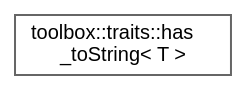
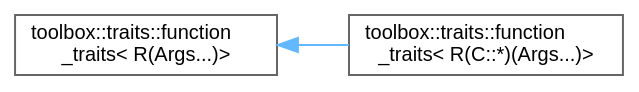
The diagram in inherit_graph_48.dot (nerdneilsfield/cpp-toolbox), drawn with Graphviz before and after one commit. The commit also changed 158 other files, not shown here.

```diff
--- a/inherit_graph_48.dot
+++ b/inherit_graph_48.dot
@@ -1,9 +1,11 @@
 digraph "Graphical Class Hierarchy"
 {
  // LATEX_PDF_SIZE
   bgcolor="transparent";
   edge [fontname=Helvetica,fontsize=10,labelfontname=Helvetica,labelfontsize=10];
   node [fontname=Helvetica,fontsize=10,shape=box,height=0.2,width=0.4];
   rankdir="LR";
-  Node0 [id="Node000000",label="toolbox::traits::has\l_toString\< T \>",height=0.2,width=0.4,color="grey40", fillcolor="white", style="filled",URL="$structtoolbox_1_1traits_1_1has__to_string.html",tooltip="检查类型是否有toString方法(C++17之前版本)/Check if type has toString method (pre-C++17 version)"];
+  Node0 [id="Node000000",label="toolbox::traits::function\l_traits\< R(Args...)\>",height=0.2,width=0.4,color="grey40", fillcolor="white", style="filled",URL="$structtoolbox_1_1traits_1_1function__traits_3_01_r_07_args_8_8_8_08_4.html",tooltip="普通函数的函数特征/Function traits for regular functions"];
+  Node0 -> Node1 [id="edge42_Node000000_Node000001",dir="back",color="steelblue1",style="solid",tooltip=" "];
+  Node1 [id="Node000001",label="toolbox::traits::function\l_traits\< R(C::*)(Args...)\>",height=0.2,width=0.4,color="grey40", fillcolor="white", style="filled",URL="$structtoolbox_1_1traits_1_1function__traits_3_01_r_07_c_1_1_5_08_07_args_8_8_8_08_4.html",tooltip="成员函数的函数特征/Function traits for member functions"];
 }
```
